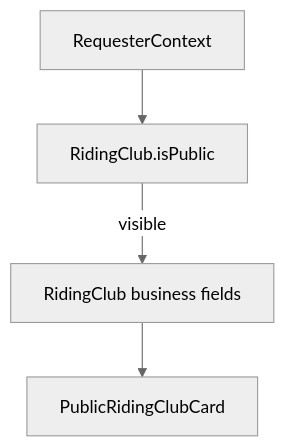
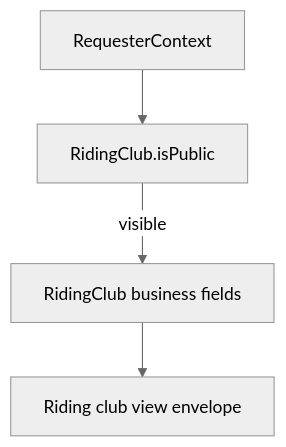
Before and after one commit to jpsm83/horse: the diagram in equus/docs/engineering/entities/riding-clubs.md, drawn with Mermaid (neutral theme). The commit also changed other lines of this file and 9 other files, not shown here.

Commit message:
docs: point entity GET at getXView after card removal

````diff
--- a/equus/docs/engineering/entities/riding-clubs.md
+++ b/equus/docs/engineering/entities/riding-clubs.md
@@ -27,11 +27,11 @@
 ```mermaid
 flowchart TB
   requester[RequesterContext]
   clubRules[RidingClub.isPublic]
   entityContact[RidingClub business fields]
-  publicCard[PublicRidingClubCard]
+  viewEnvelope[Riding club view envelope]
 
   requester --> clubRules
   clubRules -->|"visible"| entityContact
-  entityContact --> publicCard
+  entityContact --> viewEnvelope
 ```
````
